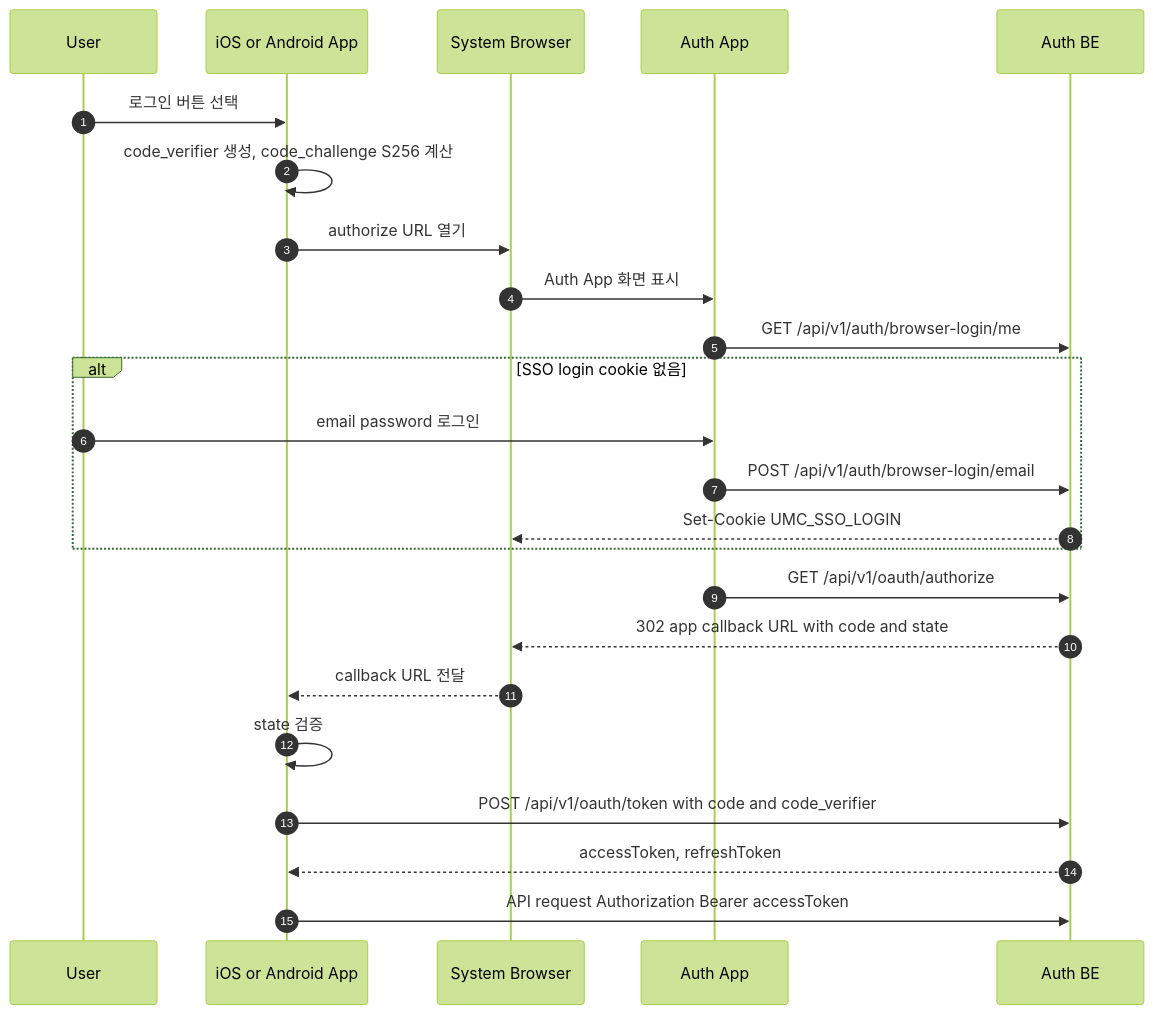
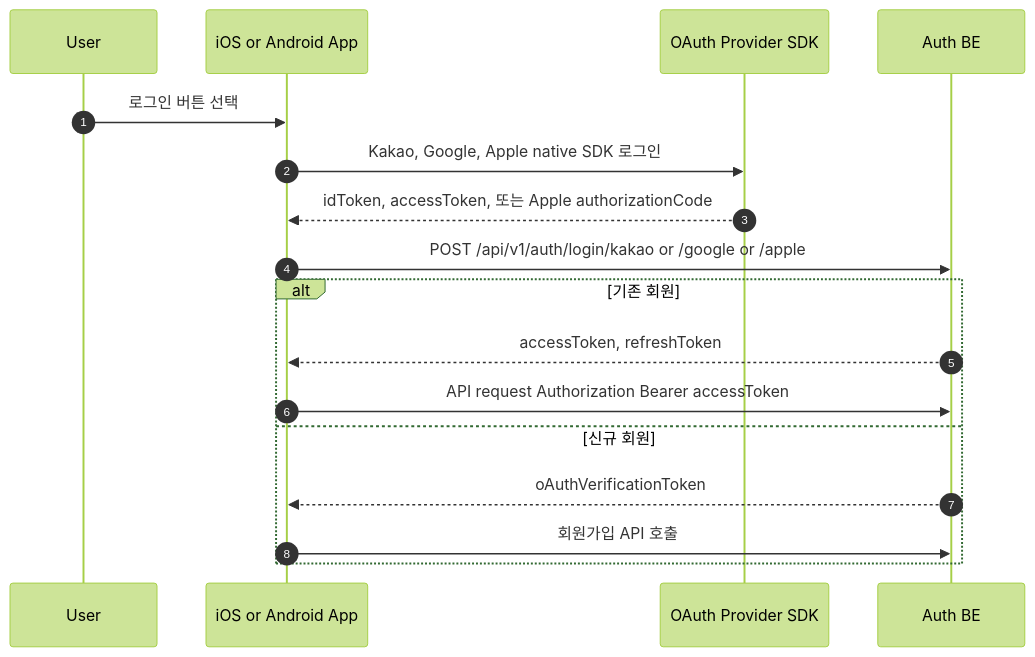
Before and after one commit to UMC-PRODUCT/umc-product-server: the third of 3 diagrams in docs/onboarding/sso-authentication-flow.md, drawn with Mermaid (forest theme). The commit also changed other lines of this file, not shown here.

Commit message:
docs: update sso endpoint guide

````diff
--- a/docs/onboarding/sso-authentication-flow.md
+++ b/docs/onboarding/sso-authentication-flow.md
@@ -98,27 +125,20 @@
 ```mermaid
 sequenceDiagram
     autonumber
     participant User as User
     participant App as iOS or Android App
-    participant SystemBrowser as System Browser
-    participant AuthApp as Auth App
+    participant ProviderSDK as OAuth Provider SDK
     participant AuthBE as Auth BE
 
     User->>App: 로그인 버튼 선택
-    App->>App: code_verifier 생성, code_challenge S256 계산
-    App->>SystemBrowser: authorize URL 열기
-    SystemBrowser->>AuthApp: Auth App 화면 표시
-    AuthApp->>AuthBE: GET /api/v1/auth/browser-login/me
-    alt SSO login cookie 없음
-        User->>AuthApp: email password 로그인
-        AuthApp->>AuthBE: POST /api/v1/auth/browser-login/email
-        AuthBE-->>SystemBrowser: Set-Cookie UMC_SSO_LOGIN
+    App->>ProviderSDK: Kakao, Google, Apple native SDK 로그인
+    ProviderSDK-->>App: idToken, accessToken, 또는 Apple authorizationCode
+    App->>AuthBE: POST /api/v1/auth/login/kakao or /google or /apple
+    alt 기존 회원
+        AuthBE-->>App: accessToken, refreshToken
+        App->>AuthBE: API request Authorization Bearer accessToken
+    else 신규 회원
+        AuthBE-->>App: oAuthVerificationToken
+        App->>AuthBE: 회원가입 API 호출
     end
-    AuthApp->>AuthBE: GET /api/v1/oauth/authorize
-    AuthBE-->>SystemBrowser: 302 app callback URL with code and state
-    SystemBrowser-->>App: callback URL 전달
-    App->>App: state 검증
-    App->>AuthBE: POST /api/v1/oauth/token with code and code_verifier
-    AuthBE-->>App: accessToken, refreshToken
-    App->>AuthBE: API request Authorization Bearer accessToken
 ```
````
